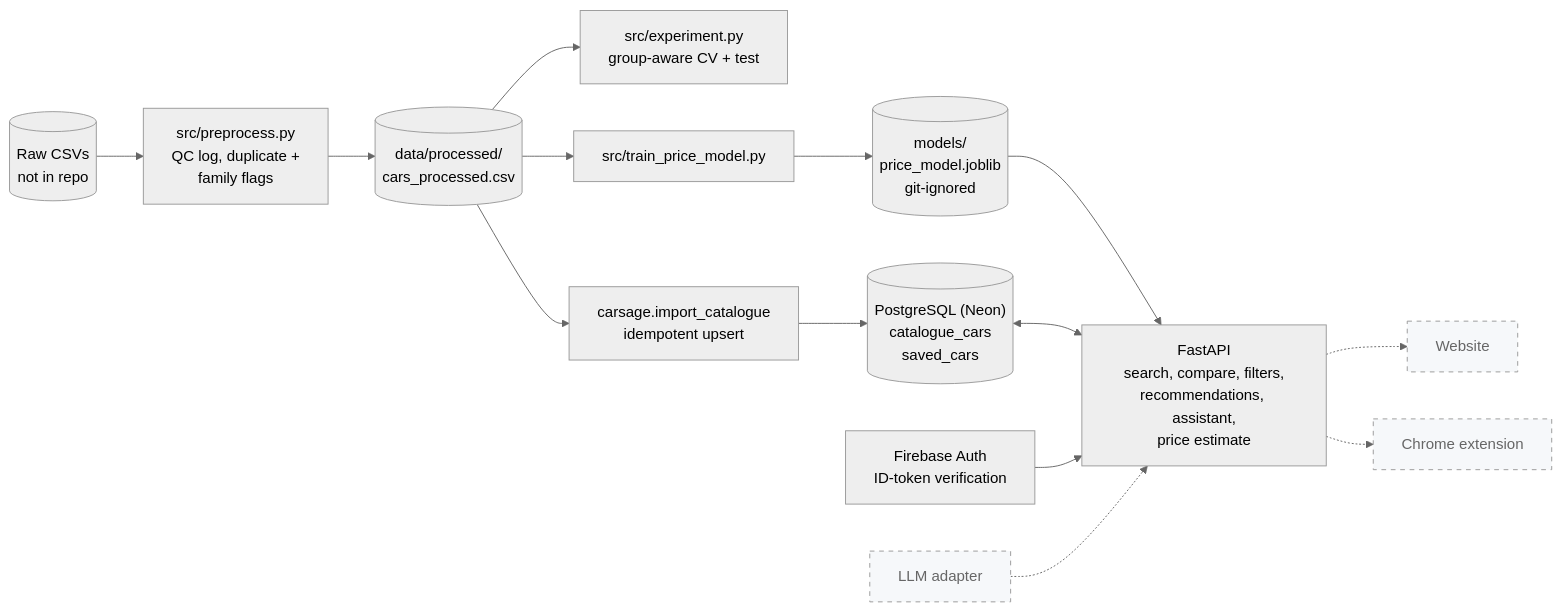
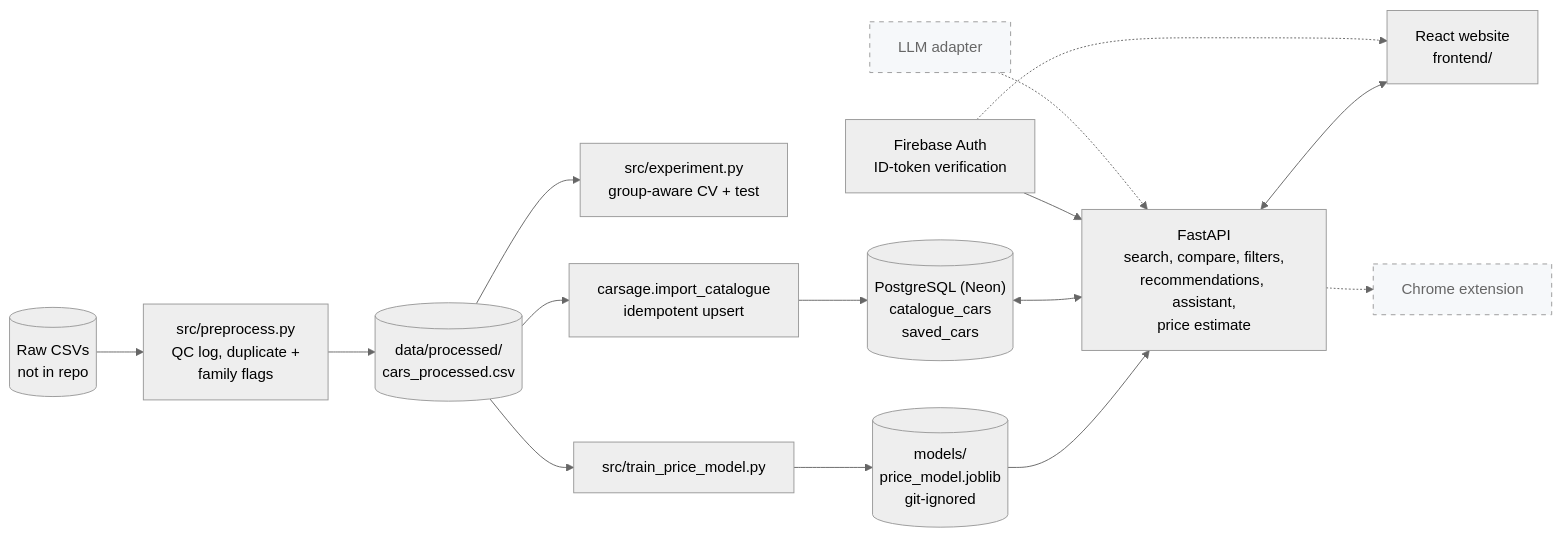
The diagram in README.md (dhruvagarwal4543/Car-Sage-Ai), drawn with Mermaid (neutral theme) before and after one commit. The commit also changed other lines of this file and 30 other files, not shown here.

````diff
--- a/README.md
+++ b/README.md
@@ -52,27 +52,28 @@
 ```mermaid
 flowchart LR
     RAW[("Raw CSVs<br/>not in repo")]
     PRE["src/preprocess.py<br/>QC log, duplicate +<br/>family flags"]
     PROC[("data/processed/<br/>cars_processed.csv")]
     EXP["src/experiment.py<br/>group-aware CV + test"]
     TRAIN["src/train_price_model.py"]
     MODEL[("models/<br/>price_model.joblib<br/>git-ignored")]
     IMP["carsage.import_catalogue<br/>idempotent upsert"]
     PG[("PostgreSQL (Neon)<br/>catalogue_cars<br/>saved_cars")]
     API["FastAPI<br/>search, compare, filters,<br/>recommendations, assistant,<br/>price estimate"]
     FB["Firebase Auth<br/>ID-token verification"]
-    WEB["Website"]:::planned
+    WEB["React website<br/>frontend/"]
     EXT["Chrome extension"]:::planned
     LLM["LLM adapter"]:::planned
     RAW --> PRE --> PROC
     PROC --> EXP
     PROC --> TRAIN --> MODEL --> API
     PROC --> IMP --> PG
     PG <--> API
     FB --> API
-    API -.-> WEB
+    API <--> WEB
+    FB -.-> WEB
     API -.-> EXT
     LLM -.-> API
 
     classDef planned stroke-dasharray: 5 5,color:#666,fill:#f6f8fa
 ```
````
